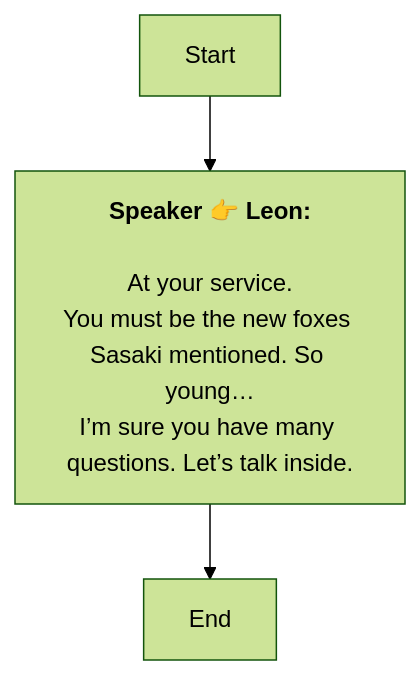
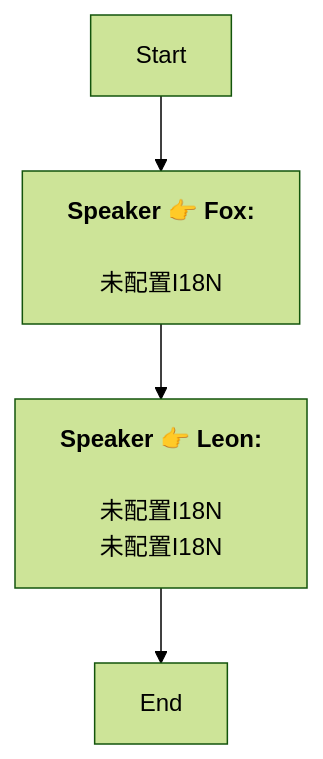
One commit to SoftHu/tos_avg changed the diagram in En/QuestStartTalkENode_1774112707107171.md. Above: the diagram before and after it, drawn with Mermaid (forest theme). The commit also changed 780 other files, not shown here.

````diff
--- a/En/QuestStartTalkENode_1774112707107171.md
+++ b/En/QuestStartTalkENode_1774112707107171.md
@@ -1,9 +1,9 @@
 ```mermaid
 graph
-Start -->1774112757576042[<b>Speaker 👉 Leon:</b>
-\nAt your service.
-You must be the new foxes Sasaki mentioned. So young…
-I’m sure you have many questions. Let’s talk inside.]
-1774112757576042 -->1774112779657580[End]
+Start -->1775606904812915[<b>Speaker 👉 Fox:</b>
+\n未配置I18N]
+1775606904812915 -->1775606925873526[<b>Speaker 👉 Leon:</b>
+\n未配置I18N\n未配置I18N]
+1775606925873526 -->1774112779657580[End]
 
 ```
````
